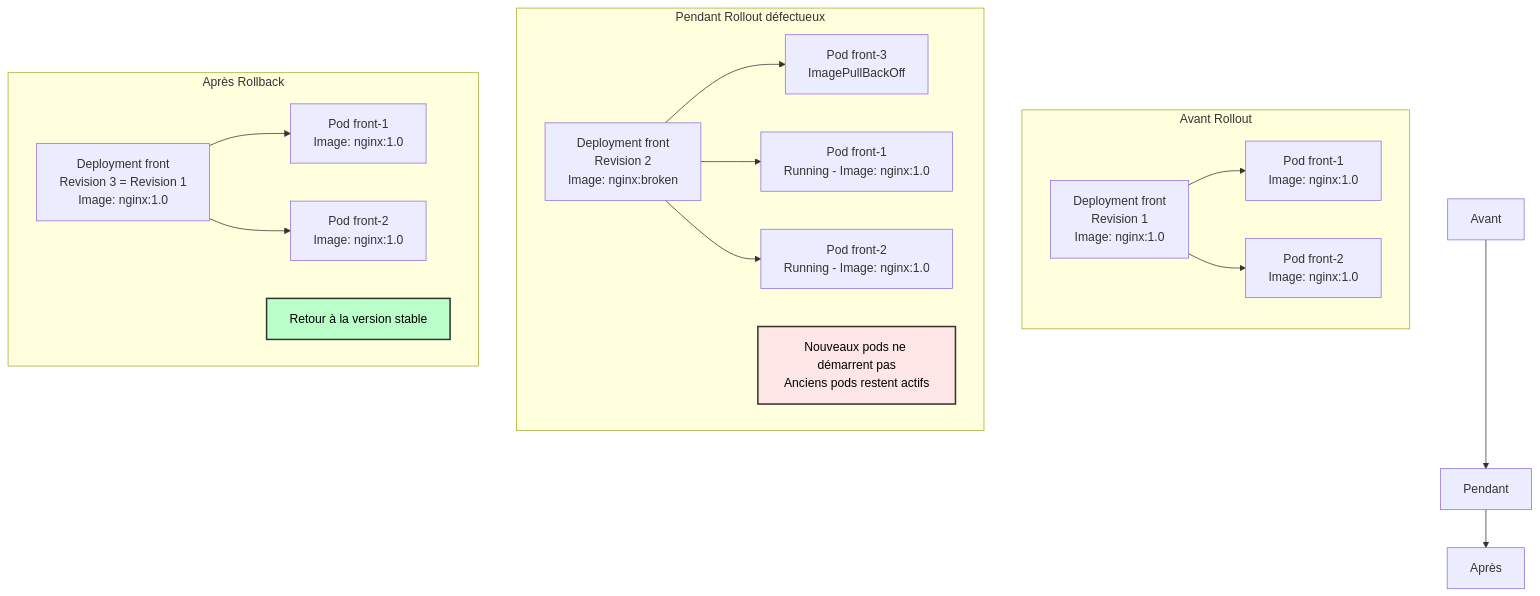
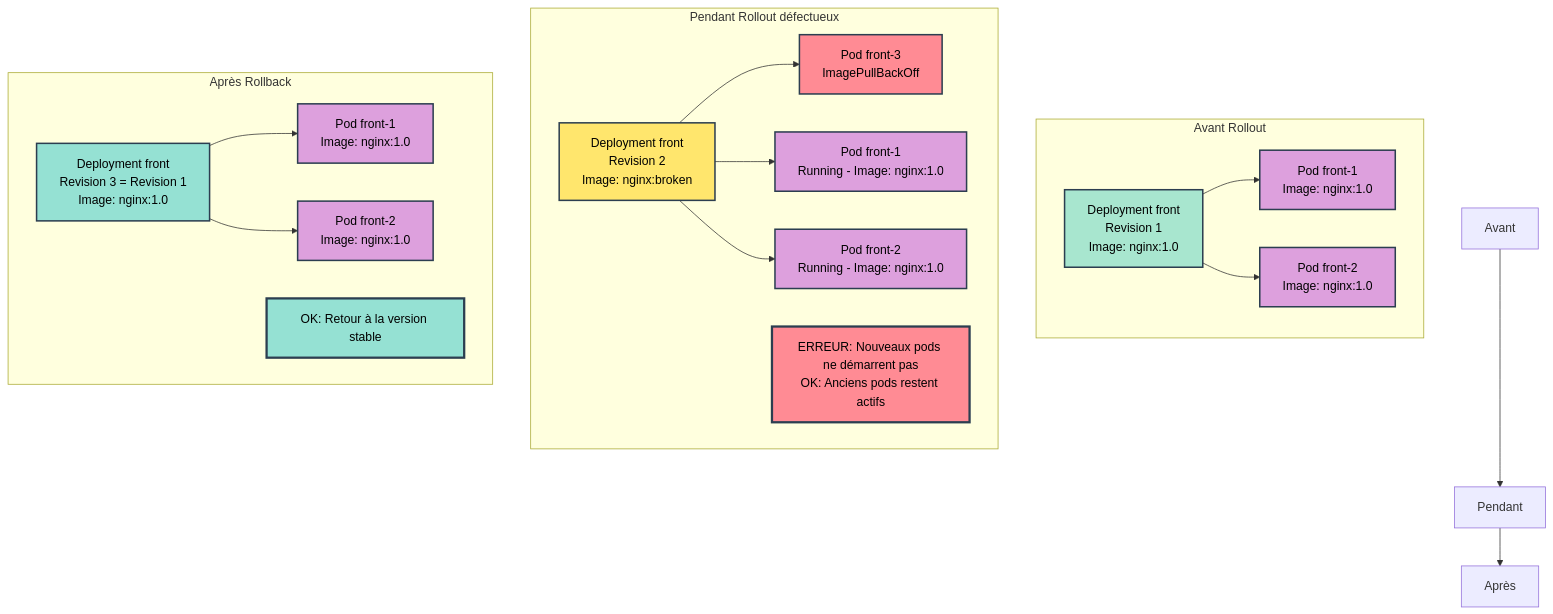
Before and after one commit to MPFabio/S4-Ingress-TLS-Config-Secrets: the eighth of 9 diagrams in docs/ARCHITECTURE.md, drawn with Mermaid. The commit also changed other lines of this file, not shown here.

Commit message:
Modernisation diagrammes - Couleurs vibrantes + fix parsing Mermaid

````diff
--- a/docs/ARCHITECTURE.md
+++ b/docs/ARCHITECTURE.md
@@ -269,36 +285,46 @@
 ```mermaid
 flowchart TB
     subgraph Avant Rollout
         D1[Deployment front<br/>Revision 1<br/>Image: nginx:1.0]
         P1[Pod front-1<br/>Image: nginx:1.0]
         P2[Pod front-2<br/>Image: nginx:1.0]
         D1 --> P1
         D1 --> P2
     end
     
     subgraph Pendant Rollout défectueux
         D2[Deployment front<br/>Revision 2<br/>Image: nginx:broken]
         P3[Pod front-3<br/>ImagePullBackOff]
         P4[Pod front-1<br/>Running - Image: nginx:1.0]
         P5[Pod front-2<br/>Running - Image: nginx:1.0]
         D2 --> P3
         D2 --> P4
         D2 --> P5
-        Note1[Nouveaux pods ne démarrent pas<br/>Anciens pods restent actifs]
+        Note1[ERREUR: Nouveaux pods ne démarrent pas<br/>OK: Anciens pods restent actifs]
     end
     
     subgraph Après Rollback
         D3[Deployment front<br/>Revision 3 = Revision 1<br/>Image: nginx:1.0]
         P6[Pod front-1<br/>Image: nginx:1.0]
         P7[Pod front-2<br/>Image: nginx:1.0]
         D3 --> P6
         D3 --> P7
-        Note2[Retour à la version stable]
+        Note2[OK: Retour à la version stable]
     end
     
     Avant --> Pendant
     Pendant --> Après
     
-    style Note1 fill:#ffe6e6,stroke:#333,stroke-width:2px,color:#000
-    style Note2 fill:#baffc9,stroke:#333,stroke-width:2px,color:#000
+    style Note1 fill:#FF8B94,stroke:#2C3E50,stroke-width:3px,color:#000
+    style Note2 fill:#95E1D3,stroke:#2C3E50,stroke-width:3px,color:#000
+    style D1 fill:#A8E6CF,stroke:#2C3E50,stroke-width:2px,color:#000
+    style D2 fill:#FFE66D,stroke:#2C3E50,stroke-width:2px,color:#000
+    style D3 fill:#95E1D3,stroke:#2C3E50,stroke-width:2px,color:#000
+    style P1 fill:#DDA0DD,stroke:#2C3E50,stroke-width:2px,color:#000
+    style P2 fill:#DDA0DD,stroke:#2C3E50,stroke-width:2px,color:#000
+    style P3 fill:#FF8B94,stroke:#2C3E50,stroke-width:2px,color:#000
+    style P4 fill:#DDA0DD,stroke:#2C3E50,stroke-width:2px,color:#000
+    style P5 fill:#DDA0DD,stroke:#2C3E50,stroke-width:2px,color:#000
+    style P6 fill:#DDA0DD,stroke:#2C3E50,stroke-width:2px,color:#000
+    style P7 fill:#DDA0DD,stroke:#2C3E50,stroke-width:2px,color:#000
 ```
````
